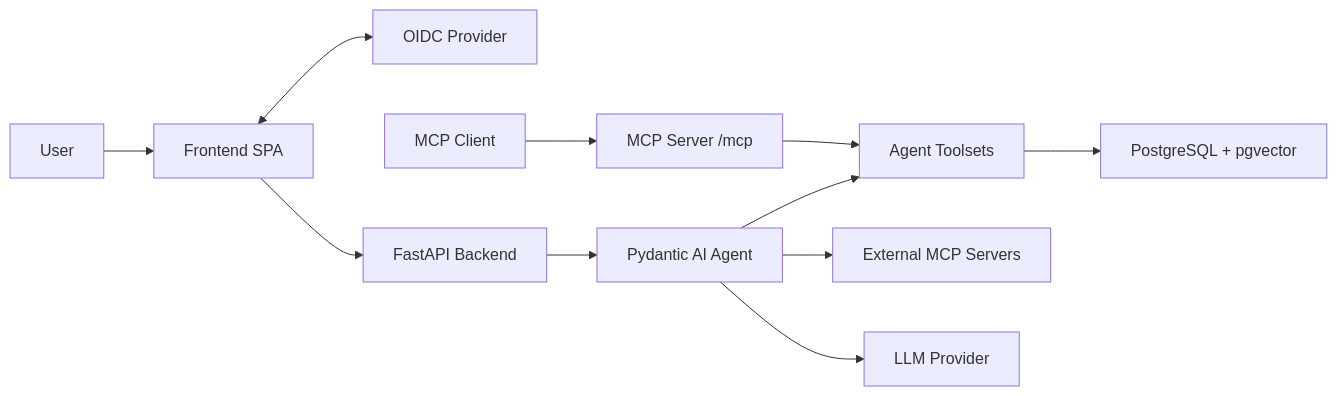
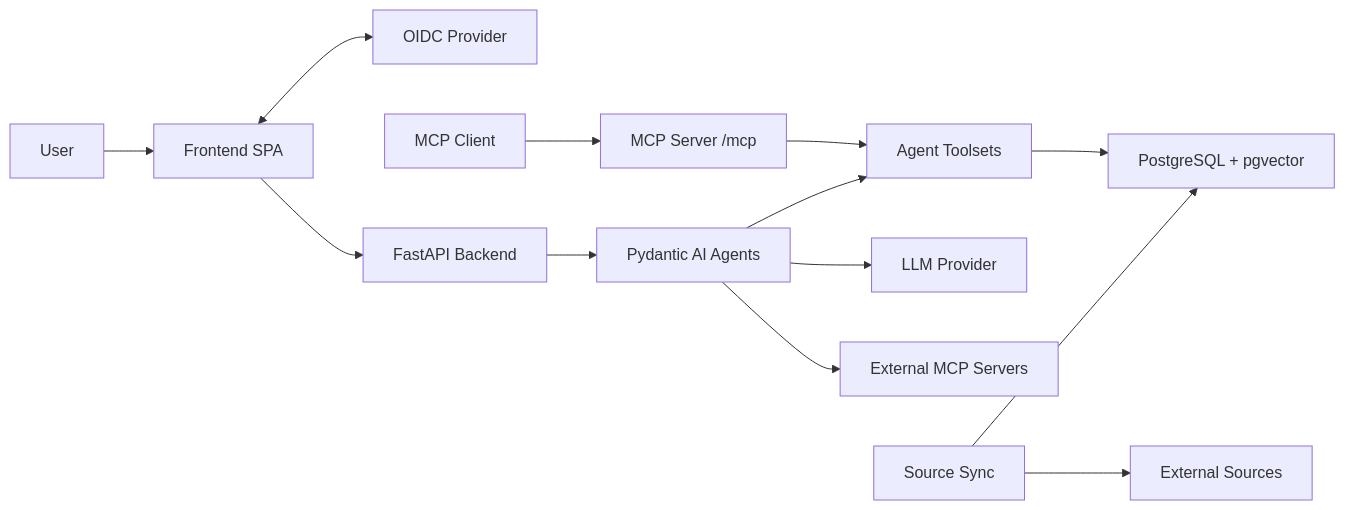
The first of 3 diagrams in ARCHITECTURE.md (dfki-ebls/hivegent), drawn with Mermaid before and after one commit. The commit also changed other lines of this file and 22 other files, not shown here.

Commit message:
docs: document subagents, plugins, rate limits, audiences, upgrading, and roadmap

````diff
--- a/ARCHITECTURE.md
+++ b/ARCHITECTURE.md
@@ -10,13 +10,15 @@
 ```mermaid
 flowchart LR
     user[User] --> spa[Frontend SPA]
     spa <--> oidc[OIDC Provider]
     spa --> api[FastAPI Backend]
     mcp_client[MCP Client] --> mcp[MCP Server /mcp]
-    api --> agent[Pydantic AI Agent]
+    api --> agent[Pydantic AI Agents]
     mcp --> toolsets
     agent --> toolsets[Agent Toolsets]
-    agent --> external_mcp[External MCP Servers]
     agent --> llm[LLM Provider]
+    agent --> external[External MCP Servers]
     toolsets --> db[PostgreSQL + pgvector]
+    sync[Source Sync] --> sources[External Sources]
+    sync --> db
 ```
````
